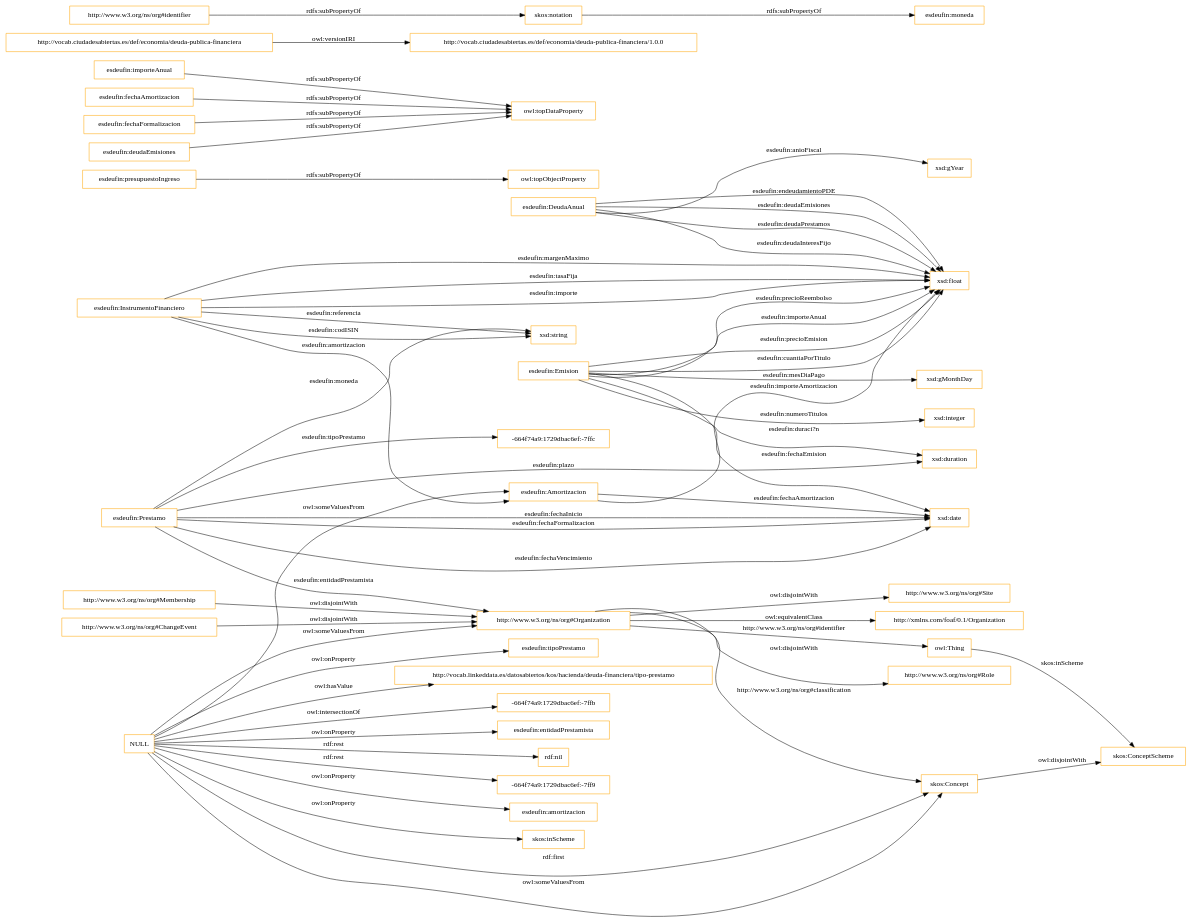
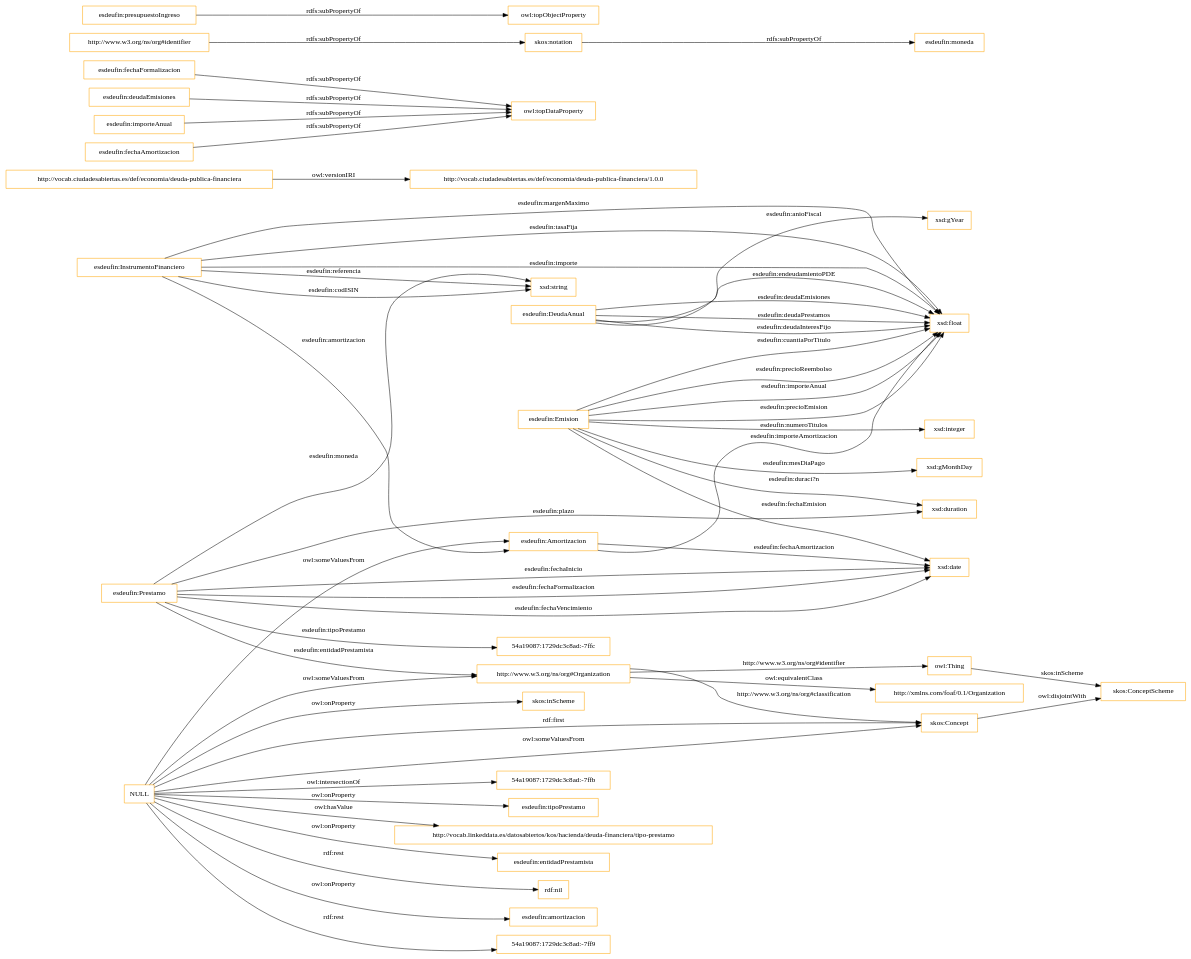
The diagram in OnToology/ontology/deudaPublicaFinanciera.owl/diagrams/ar2dtool-class/deudaPublicaFinanciera.owl.png.dot (leticiarubalcabadg/vocab-economia-deuda-financiera), drawn with Graphviz before and after one commit. The commit also changed 13 other files, not shown here.

```diff
--- a/OnToology/ontology/deudaPublicaFinanciera.owl/diagrams/ar2dtool-class/deudaPublicaFinanciera.owl.png.dot
+++ b/OnToology/ontology/deudaPublicaFinanciera.owl/diagrams/ar2dtool-class/deudaPublicaFinanciera.owl.png.dot
@@ -1,63 +1,59 @@
 digraph ar2dtool_diagram { 
 rankdir=LR;
 size="1501"
-node [shape = rectangle, color="orange"]; "esdeufin:InstrumentoFinanciero" "esdeufin:DeudaAnual" "-664f74a9:1729dbac6ef:-7ffc" "esdeufin:Emision" "esdeufin:Amortizacion" "http://www.w3.org/ns/org#Site" "skos:ConceptScheme" "esdeufin:Prestamo" "http://xmlns.com/foaf/0.1/Organization" "skos:Concept" "http://www.w3.org/ns/org#Organization" "http://www.w3.org/ns/org#Role" "http://www.w3.org/ns/org#ChangeEvent" "http://www.w3.org/ns/org#Membership" ; /*classes style*/
-	"esdeufin:presupuestoIngreso" -> "owl:topObjectProperty" [ label = "rdfs:subPropertyOf" ];
-	"esdeufin:importeAnual" -> "owl:topDataProperty" [ label = "rdfs:subPropertyOf" ];
-	"skos:Concept" -> "skos:ConceptScheme" [ label = "owl:disjointWith" ];
-	"http://www.w3.org/ns/org#Membership" -> "http://www.w3.org/ns/org#Organization" [ label = "owl:disjointWith" ];
-	"http://vocab.ciudadesabiertas.es/def/economia/deuda-publica-financiera" -> "http://vocab.ciudadesabiertas.es/def/economia/deuda-publica-financiera/1.0.0" [ label = "owl:versionIRI" ];
-	"http://www.w3.org/ns/org#Organization" -> "http://www.w3.org/ns/org#Role" [ label = "owl:disjointWith" ];
-	"http://www.w3.org/ns/org#Organization" -> "http://xmlns.com/foaf/0.1/Organization" [ label = "owl:equivalentClass" ];
-	"http://www.w3.org/ns/org#Organization" -> "http://www.w3.org/ns/org#Site" [ label = "owl:disjointWith" ];
-	"http://www.w3.org/ns/org#ChangeEvent" -> "http://www.w3.org/ns/org#Organization" [ label = "owl:disjointWith" ];
+node [shape = rectangle, color="orange"]; "esdeufin:InstrumentoFinanciero" "esdeufin:DeudaAnual" "esdeufin:Emision" "esdeufin:Amortizacion" "skos:ConceptScheme" "esdeufin:Prestamo" "http://xmlns.com/foaf/0.1/Organization" "skos:Concept" "54a19087:1729dc3c8ad:-7ffc" "http://www.w3.org/ns/org#Organization" ; /*classes style*/
+	"NULL" -> "54a19087:1729dc3c8ad:-7ffb" [ label = "owl:intersectionOf" ];
 	"NULL" -> "esdeufin:tipoPrestamo" [ label = "owl:onProperty" ];
 	"NULL" -> "http://vocab.linkeddata.es/datosabiertos/kos/hacienda/deuda-financiera/tipo-prestamo" [ label = "owl:hasValue" ];
-	"NULL" -> "-664f74a9:1729dbac6ef:-7ffb" [ label = "owl:intersectionOf" ];
 	"NULL" -> "skos:Concept" [ label = "rdf:first" ];
 	"NULL" -> "esdeufin:entidadPrestamista" [ label = "owl:onProperty" ];
 	"NULL" -> "rdf:nil" [ label = "rdf:rest" ];
 	"NULL" -> "skos:Concept" [ label = "owl:someValuesFrom" ];
 	"NULL" -> "http://www.w3.org/ns/org#Organization" [ label = "owl:someValuesFrom" ];
-	"NULL" -> "-664f74a9:1729dbac6ef:-7ff9" [ label = "rdf:rest" ];
 	"NULL" -> "esdeufin:amortizacion" [ label = "owl:onProperty" ];
 	"NULL" -> "esdeufin:Amortizacion" [ label = "owl:someValuesFrom" ];
+	"NULL" -> "54a19087:1729dc3c8ad:-7ff9" [ label = "rdf:rest" ];
 	"NULL" -> "skos:inScheme" [ label = "owl:onProperty" ];
-	"skos:notation" -> "esdeufin:moneda" [ label = "rdfs:subPropertyOf" ];
-	"esdeufin:fechaAmortizacion" -> "owl:topDataProperty" [ label = "rdfs:subPropertyOf" ];
-	"http://www.w3.org/ns/org#identifier" -> "skos:notation" [ label = "rdfs:subPropertyOf" ];
+	"http://vocab.ciudadesabiertas.es/def/economia/deuda-publica-financiera" -> "http://vocab.ciudadesabiertas.es/def/economia/deuda-publica-financiera/1.0.0" [ label = "owl:versionIRI" ];
+	"skos:Concept" -> "skos:ConceptScheme" [ label = "owl:disjointWith" ];
 	"esdeufin:fechaFormalizacion" -> "owl:topDataProperty" [ label = "rdfs:subPropertyOf" ];
 	"esdeufin:deudaEmisiones" -> "owl:topDataProperty" [ label = "rdfs:subPropertyOf" ];
+	"http://www.w3.org/ns/org#Organization" -> "http://xmlns.com/foaf/0.1/Organization" [ label = "owl:equivalentClass" ];
+	"skos:notation" -> "esdeufin:moneda" [ label = "rdfs:subPropertyOf" ];
+	"esdeufin:importeAnual" -> "owl:topDataProperty" [ label = "rdfs:subPropertyOf" ];
+	"esdeufin:presupuestoIngreso" -> "owl:topObjectProperty" [ label = "rdfs:subPropertyOf" ];
+	"http://www.w3.org/ns/org#identifier" -> "skos:notation" [ label = "rdfs:subPropertyOf" ];
+	"esdeufin:fechaAmortizacion" -> "owl:topDataProperty" [ label = "rdfs:subPropertyOf" ];
 	"esdeufin:Emision" -> "xsd:integer" [ label = "esdeufin:numeroTitulos" ];
 	"esdeufin:DeudaAnual" -> "xsd:float" [ label = "esdeufin:endeudamientoPDE" ];
 	"esdeufin:Emision" -> "xsd:gMonthDay" [ label = "esdeufin:mesDiaPago" ];
 	"esdeufin:InstrumentoFinanciero" -> "xsd:float" [ label = "esdeufin:margenMaximo" ];
 	"esdeufin:InstrumentoFinanciero" -> "xsd:string" [ label = "esdeufin:codISIN" ];
 	"esdeufin:Prestamo" -> "xsd:date" [ label = "esdeufin:fechaVencimiento" ];
 	"esdeufin:InstrumentoFinanciero" -> "xsd:float" [ label = "esdeufin:tasaFija" ];
+	"owl:Thing" -> "skos:ConceptScheme" [ label = "skos:inScheme" ];
 	"esdeufin:InstrumentoFinanciero" -> "xsd:string" [ label = "esdeufin:referencia" ];
 	"esdeufin:InstrumentoFinanciero" -> "esdeufin:Amortizacion" [ label = "esdeufin:amortizacion" ];
-	"owl:Thing" -> "skos:ConceptScheme" [ label = "skos:inScheme" ];
 	"esdeufin:Emision" -> "xsd:float" [ label = "esdeufin:importeAnual" ];
 	"http://www.w3.org/ns/org#Organization" -> "owl:Thing" [ label = "http://www.w3.org/ns/org#identifier" ];
 	"esdeufin:Prestamo" -> "xsd:string" [ label = "esdeufin:moneda" ];
 	"http://www.w3.org/ns/org#Organization" -> "skos:Concept" [ label = "http://www.w3.org/ns/org#classification" ];
 	"esdeufin:Emision" -> "xsd:float" [ label = "esdeufin:precioEmision" ];
 	"esdeufin:Emision" -> "xsd:duration" [ label = "esdeufin:duraci?n" ];
 	"esdeufin:DeudaAnual" -> "xsd:float" [ label = "esdeufin:deudaEmisiones" ];
 	"esdeufin:Emision" -> "xsd:float" [ label = "esdeufin:cuantiaPorTitulo" ];
 	"esdeufin:DeudaAnual" -> "xsd:float" [ label = "esdeufin:deudaPrestamos" ];
 	"esdeufin:Emision" -> "xsd:date" [ label = "esdeufin:fechaEmision" ];
 	"esdeufin:DeudaAnual" -> "xsd:float" [ label = "esdeufin:deudaInteresFijo" ];
 	"esdeufin:Amortizacion" -> "xsd:date" [ label = "esdeufin:fechaAmortizacion" ];
 	"esdeufin:Amortizacion" -> "xsd:float" [ label = "esdeufin:importeAmortizacion" ];
 	"esdeufin:Prestamo" -> "xsd:duration" [ label = "esdeufin:plazo" ];
-	"esdeufin:Prestamo" -> "-664f74a9:1729dbac6ef:-7ffc" [ label = "esdeufin:tipoPrestamo" ];
+	"esdeufin:Prestamo" -> "54a19087:1729dc3c8ad:-7ffc" [ label = "esdeufin:tipoPrestamo" ];
 	"esdeufin:Prestamo" -> "xsd:date" [ label = "esdeufin:fechaInicio" ];
 	"esdeufin:DeudaAnual" -> "xsd:gYear" [ label = "esdeufin:anioFiscal" ];
 	"esdeufin:InstrumentoFinanciero" -> "xsd:float" [ label = "esdeufin:importe" ];
 	"esdeufin:Prestamo" -> "xsd:date" [ label = "esdeufin:fechaFormalizacion" ];
 	"esdeufin:Emision" -> "xsd:float" [ label = "esdeufin:precioReembolso" ];
 	"esdeufin:Prestamo" -> "http://www.w3.org/ns/org#Organization" [ label = "esdeufin:entidadPrestamista" ];
 
 }
```
